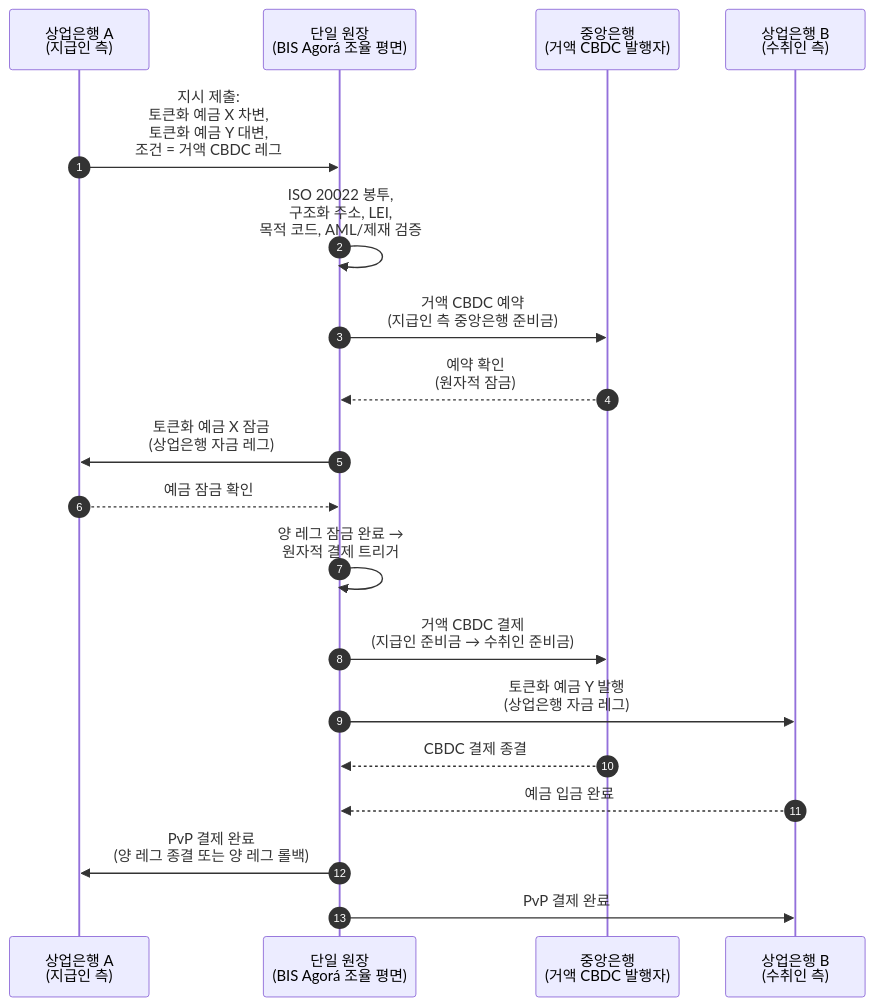
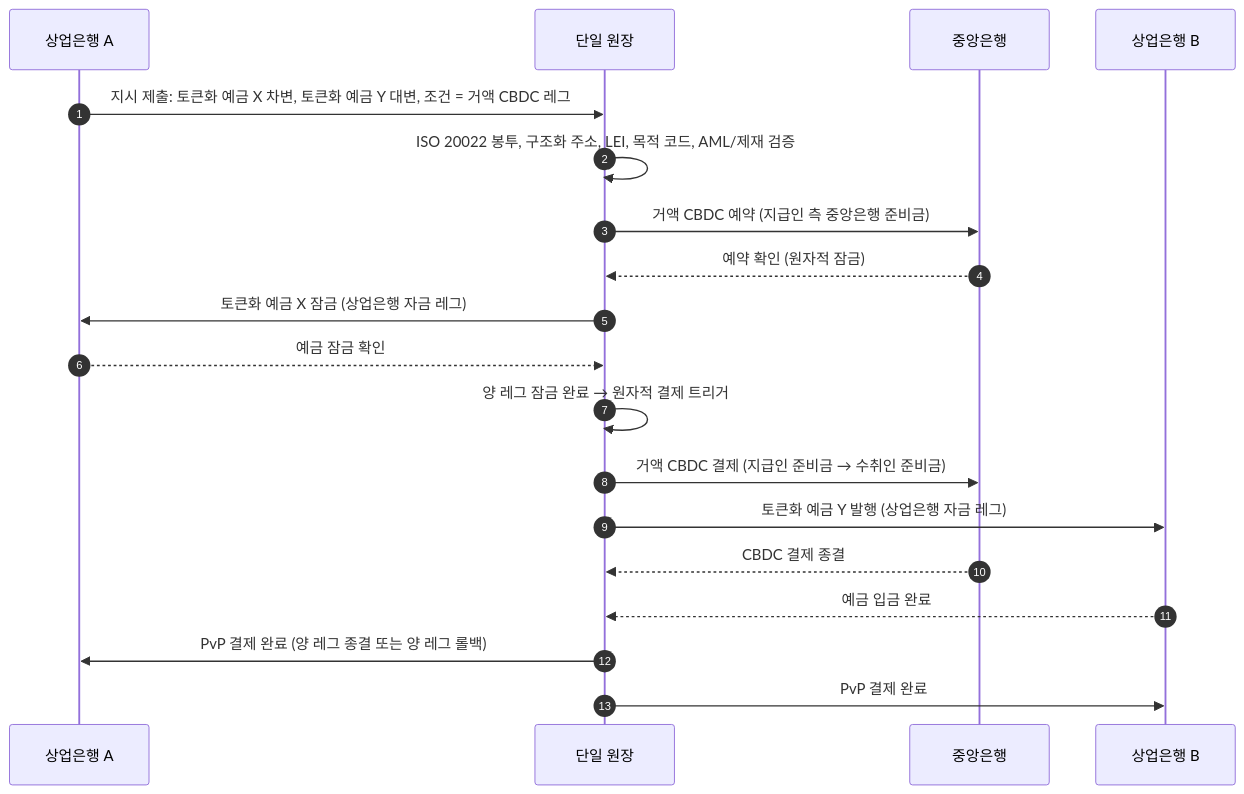
The diagram in _posts/ko/2026-06-06-wholesale-payments-index-iso20022-tokenised-deposits-cross-border-2026.md (sebastienrousseau/sebastienrousseau.github.io), drawn with Mermaid before and after one commit. The commit also changed 2231 other files, not shown here.

First line of the commit message:
fix(mermaid): unblock Mermaid v10 rendering end-to-end (#198)

````diff
--- a/_posts/ko/2026-06-06-wholesale-payments-index-iso20022-tokenised-deposits-cross-border-2026.md
+++ b/_posts/ko/2026-06-06-wholesale-payments-index-iso20022-tokenised-deposits-cross-border-2026.md
@@ -170,22 +170,21 @@
 ```mermaid
 sequenceDiagram
     autonumber
-    participant CB_A as 상업은행 A<br/>(지급인 측)
-    participant UL as 단일 원장<br/>(BIS Agorá 조율 평면)
-    participant CBNK as 중앙은행<br/>(거액 CBDC 발행자)
-    participant CB_B as 상업은행 B<br/>(수취인 측)
-
-    CB_A->>UL: 지시 제출:<br/>토큰화 예금 X 차변,<br/>토큰화 예금 Y 대변,<br/>조건 = 거액 CBDC 레그
-    UL->>UL: ISO 20022 봉투,<br/>구조화 주소, LEI,<br/>목적 코드, AML/제재 검증
-    UL->>CBNK: 거액 CBDC 예약<br/>(지급인 측 중앙은행 준비금)
-    CBNK-->>UL: 예약 확인<br/>(원자적 잠금)
-    UL->>CB_A: 토큰화 예금 X 잠금<br/>(상업은행 자금 레그)
+    participant CB_A as 상업은행 A
+    participant UL as 단일 원장
+    participant CBNK as 중앙은행
+    participant CB_B as 상업은행 B
+    CB_A->>UL: 지시 제출: 토큰화 예금 X 차변, 토큰화 예금 Y 대변, 조건 = 거액 CBDC 레그
+    UL->>UL: ISO 20022 봉투, 구조화 주소, LEI, 목적 코드, AML/제재 검증
+    UL->>CBNK: 거액 CBDC 예약 (지급인 측 중앙은행 준비금)
+    CBNK-->>UL: 예약 확인 (원자적 잠금)
+    UL->>CB_A: 토큰화 예금 X 잠금 (상업은행 자금 레그)
     CB_A-->>UL: 예금 잠금 확인
-    UL->>UL: 양 레그 잠금 완료 →<br/>원자적 결제 트리거
-    UL->>CBNK: 거액 CBDC 결제<br/>(지급인 준비금 → 수취인 준비금)
-    UL->>CB_B: 토큰화 예금 Y 발행<br/>(상업은행 자금 레그)
+    UL->>UL: 양 레그 잠금 완료 → 원자적 결제 트리거
+    UL->>CBNK: 거액 CBDC 결제 (지급인 준비금 → 수취인 준비금)
+    UL->>CB_B: 토큰화 예금 Y 발행 (상업은행 자금 레그)
     CBNK-->>UL: CBDC 결제 종결
     CB_B-->>UL: 예금 입금 완료
-    UL->>CB_A: PvP 결제 완료<br/>(양 레그 종결 또는 양 레그 롤백)
+    UL->>CB_A: PvP 결제 완료 (양 레그 종결 또는 양 레그 롤백)
     UL->>CB_B: PvP 결제 완료
 ```
````
